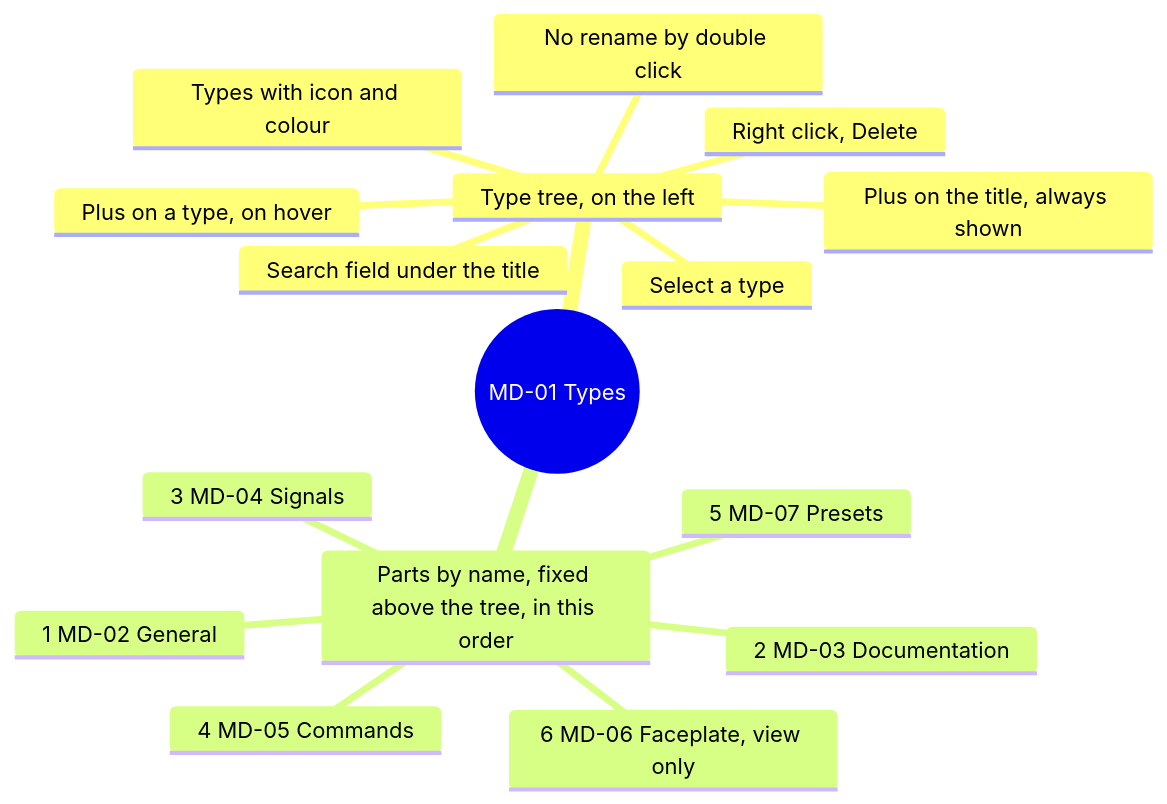
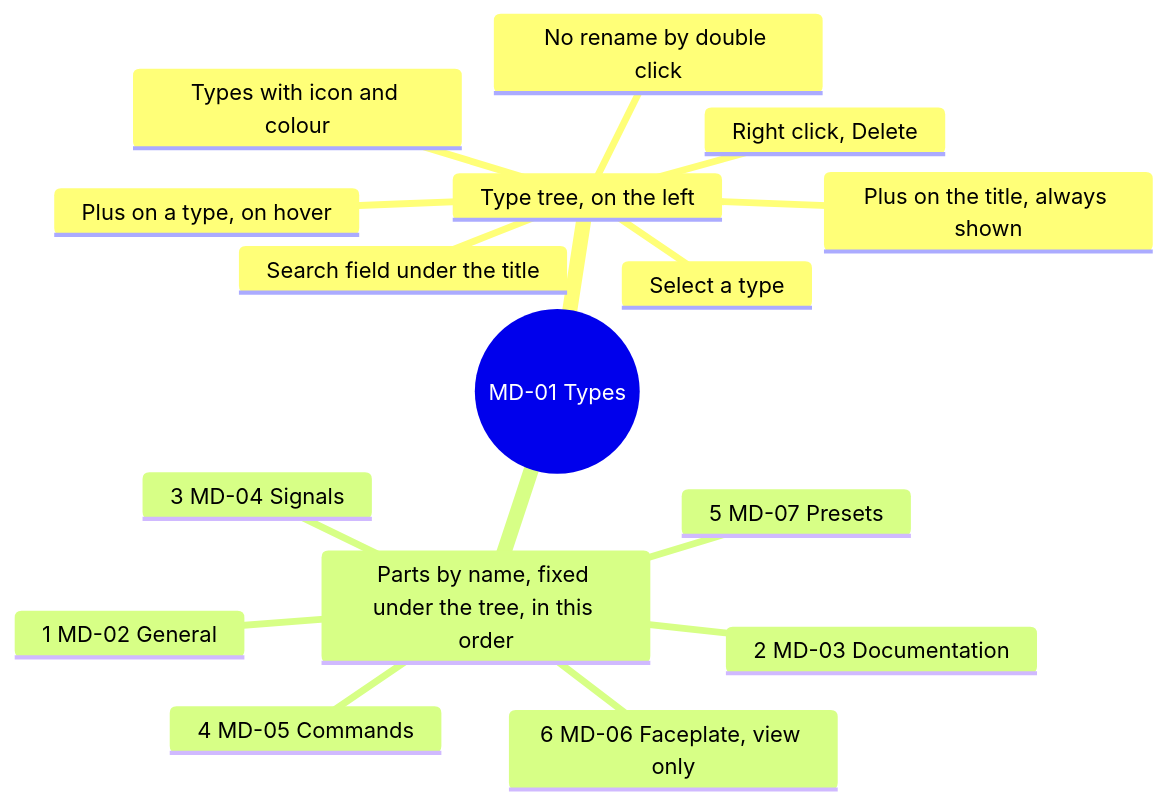
The second of 15 diagrams in screens/metadata.md (AlexandreGallais/synoptic-studio-spec), drawn with Mermaid before and after one commit. The commit also changed other lines of this file and 2 other files, not shown here.

First line of the commit message:
docs(metadata): put the parts list back under the type tree

````diff
--- a/screens/metadata.md
+++ b/screens/metadata.md
@@ -40,19 +40,19 @@
 ```mermaid
 mindmap
   root((MD-01 Types))
     Type tree, on the left
       Plus on the title, always shown
       Search field under the title
       Types with icon and colour
       Plus on a type, on hover
       Select a type
       Right click, Delete
       No rename by double click
-    Parts by name, fixed above the tree, in this order
+    Parts by name, fixed under the tree, in this order
       1 MD-02 General
       2 MD-03 Documentation
       3 MD-04 Signals
       4 MD-05 Commands
       5 MD-07 Presets
       6 MD-06 Faceplate, view only
 ```
````
